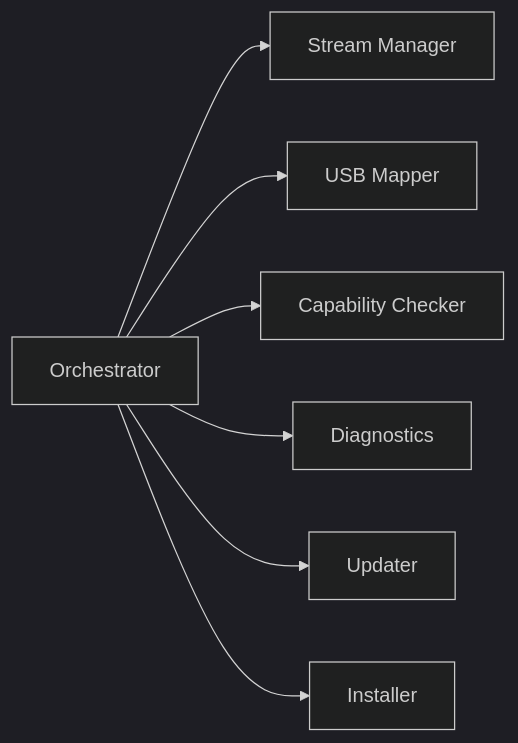
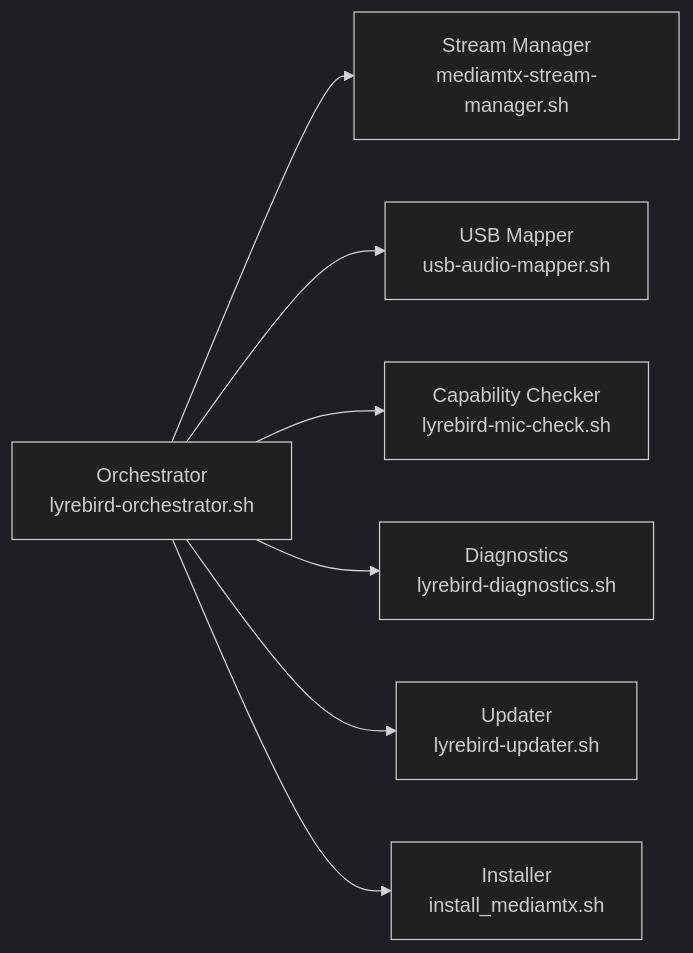
Before and after one commit to tomtom215/LyreBird-Docs: the second of 5 diagrams in docs/advanced/architecture.md, drawn with Mermaid (dark theme). The commit also changed other lines of this file and 33 other files, not shown here.

````diff
--- a/docs/advanced/architecture.md
+++ b/docs/advanced/architecture.md
@@ -262,9 +266,9 @@
 ```mermaid
 graph LR
-    A[Orchestrator] --> B[Stream Manager]
-    A --> C[USB Mapper]
-    A --> D[Capability Checker]
-    A --> E[Diagnostics]
-    A --> F[Updater]
-    A --> G[Installer]
+    A[Orchestrator<br/>lyrebird-orchestrator.sh] --> B[Stream Manager<br/>mediamtx-stream-manager.sh]
+    A --> C[USB Mapper<br/>usb-audio-mapper.sh]
+    A --> D[Capability Checker<br/>lyrebird-mic-check.sh]
+    A --> E[Diagnostics<br/>lyrebird-diagnostics.sh]
+    A --> F[Updater<br/>lyrebird-updater.sh]
+    A --> G[Installer<br/>install_mediamtx.sh]
 ```
````
